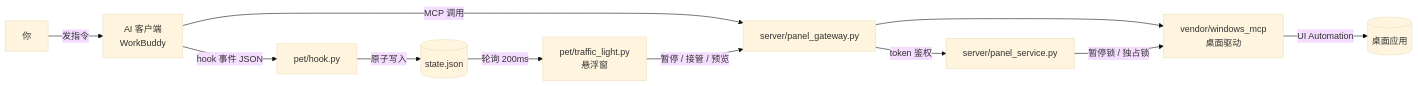
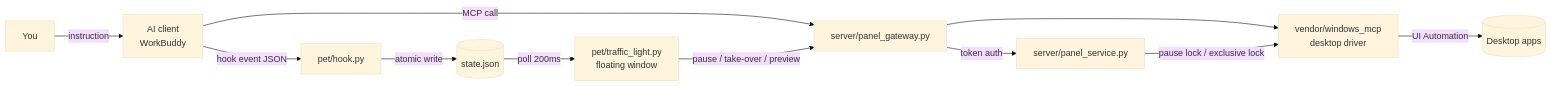
One commit to 1538105578lpl-ux/desktop-control-traffic-light changed the diagram in README.md. Above: the diagram before and after it, drawn with Mermaid (base theme). The commit also changed other lines of this file and 2 other files, not shown here.

````diff
--- a/README.md
+++ b/README.md
@@ -82,15 +87,15 @@
 ```mermaid
 flowchart LR
-    U[你] -->|"发指令"| WB[AI 客户端<br/>WorkBuddy]
-    WB -->|"hook 事件 JSON"| HK[pet/hook.py]
-    HK -->|"原子写入"| ST[(state.json)]
-    ST -->|"轮询 200ms"| TL[pet/traffic_light.py<br/>悬浮窗]
+    U[You] -->|"instruction"| WB[AI client<br/>WorkBuddy]
+    WB -->|"hook event JSON"| HK[pet/hook.py]
+    HK -->|"atomic write"| ST[(state.json)]
+    ST -->|"poll 200ms"| TL[pet/traffic_light.py<br/>floating window]
 
-    WB -->|"MCP 调用"| GW[server/panel_gateway.py]
-    GW --> VM[vendor/windows_mcp<br/>桌面驱动]
-    VM -->|"UI Automation"| OS[(桌面应用)]
+    WB -->|"MCP call"| GW[server/panel_gateway.py]
+    GW --> VM[vendor/windows_mcp<br/>desktop driver]
+    VM -->|"UI Automation"| OS[(Desktop apps)]
 
-    TL -->|"暂停 / 接管 / 预览"| GW
-    GW -->|"token 鉴权"| PS[server/panel_service.py]
-    PS -->|"暂停锁 / 独占锁"| VM
+    TL -->|"pause / take-over / preview"| GW
+    GW -->|"token auth"| PS[server/panel_service.py]
+    PS -->|"pause lock / exclusive lock"| VM
 ```
````
